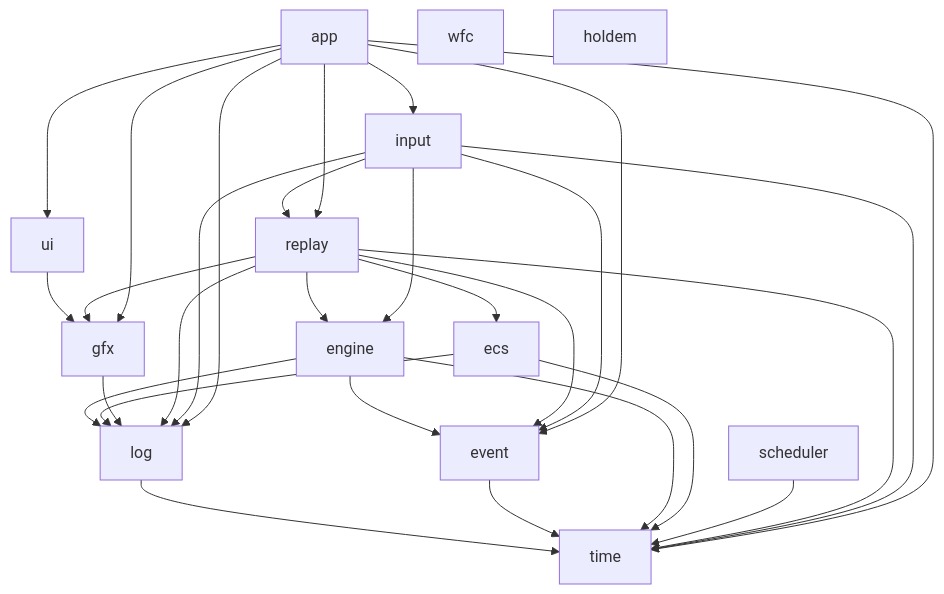
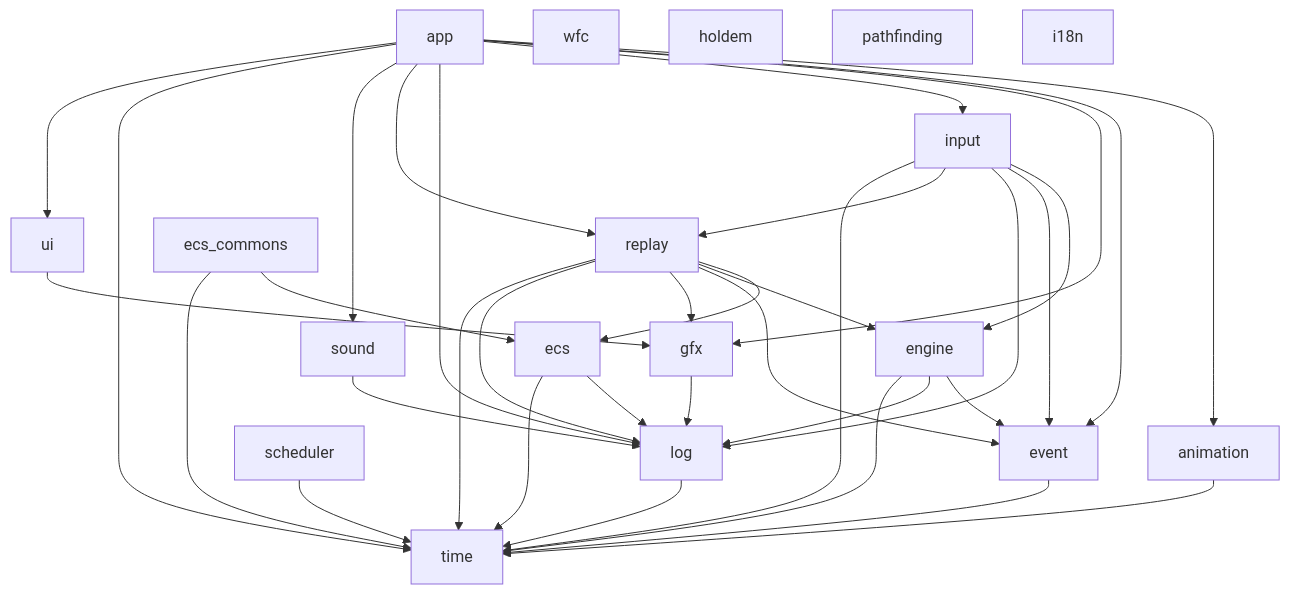
Before and after one commit to antwika/antwika: the second of 2 diagrams in wiki/Architecture.md, drawn with Mermaid. The commit also changed other lines of this file and 18 other files, not shown here.

````diff
--- a/wiki/Architecture.md
+++ b/wiki/Architecture.md
@@ -76,45 +76,56 @@
 ```mermaid
 graph TD
     time[time]
     log[log]
     event[event]
     engine[engine]
     ecs[ecs]
     gfx[gfx]
     replay[replay]
     input[input]
     scheduler[scheduler]
     ui[ui]
     app[app]
     wfc[wfc]
     holdem[holdem]
+    ecs_commons[ecs_commons]
+    pathfinding[pathfinding]
+    animation[animation]
+    i18n[i18n]
+    sound[sound]
 
     log --> time
     event --> time
     engine --> event
     engine --> log
     engine --> time
     ecs --> log
     ecs --> time
     gfx --> log
     scheduler --> time
     ui --> gfx
     replay --> ecs
     replay --> engine
     replay --> event
     replay --> gfx
     replay --> log
     replay --> time
     input --> engine
     input --> event
     input --> log
     input --> replay
     input --> time
+    ecs_commons --> ecs
+    ecs_commons --> time
+    animation --> time
+    sound --> log
+    app --> animation
     app --> event
     app --> gfx
     app --> input
     app --> log
     app --> replay
+    app --> sound
     app --> time
     app --> ui
 ```
````
